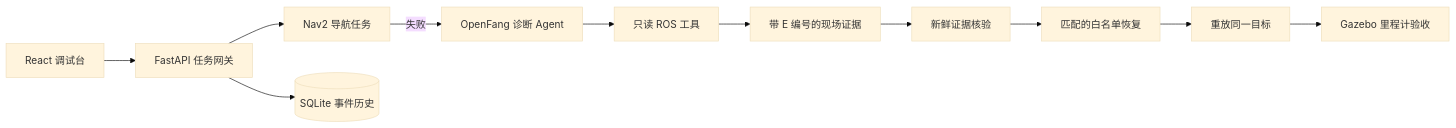
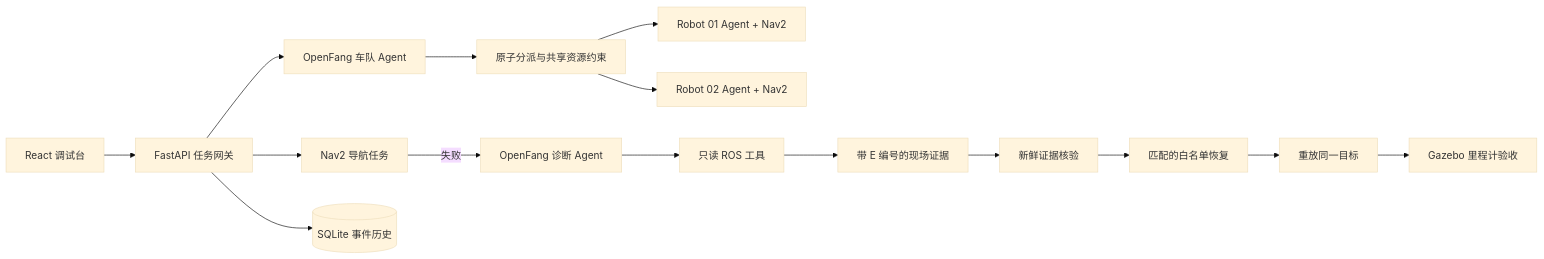
Before and after one commit to SeeWhy-star/robot-debug-lab: the diagram in README.zh-CN.md, drawn with Mermaid (base theme). The commit also changed other lines of this file and 18 other files, not shown here.

Commit message:
Add real two-robot fleet planning

````diff
--- a/README.zh-CN.md
+++ b/README.zh-CN.md
@@ -42,13 +44,17 @@
 ```mermaid
 flowchart LR
   UI[React 调试台] --> API[FastAPI 任务网关]
   API --> Nav2[Nav2 导航任务]
+  API --> Fleet[OpenFang 车队 Agent]
+  Fleet --> Batch[原子分派与共享资源约束]
+  Batch --> R1[Robot 01 Agent + Nav2]
+  Batch --> R2[Robot 02 Agent + Nav2]
   Nav2 -->|失败| Agent[OpenFang 诊断 Agent]
   Agent --> Tools[只读 ROS 工具]
   Tools --> Evidence[带 E 编号的现场证据]
   Evidence --> Guard[新鲜证据核验]
   Guard --> Repair[匹配的白名单恢复]
   Repair --> Replay[重放同一目标]
   Replay --> Odom[Gazebo 里程计验收]
   API --> DB[(SQLite 事件历史)]
 ```
````
